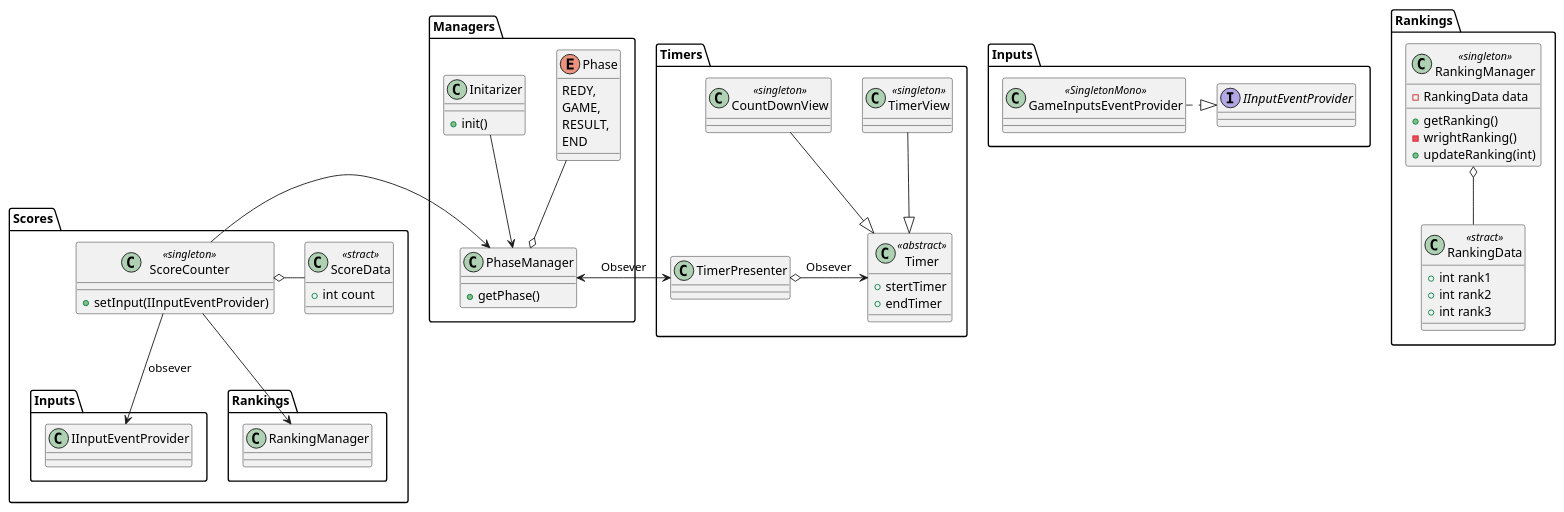
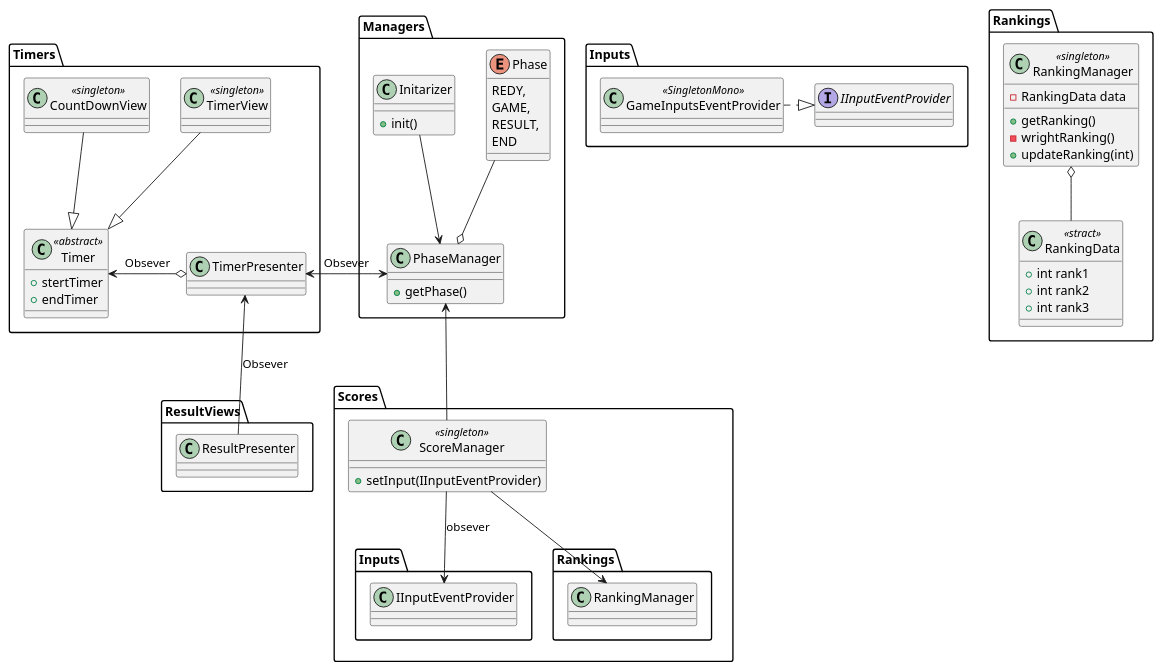
One commit to tezumozu/Games_Practice changed the diagram in Script_Test/Test_SceneManage/仕様書類/GameClasses.pu. Above: the diagram before and after it, drawn with PlantUML. The commit also changed 5 other files, not shown here.

Commit message:
シーケンス図加筆

```diff
--- a/Script_Test/Test_SceneManage/仕様書類/GameClasses.pu
+++ b/Script_Test/Test_SceneManage/仕様書類/GameClasses.pu
@@ -1,96 +1,100 @@
 @startuml GameSceneクラス図
 
 namespace Managers{
     enum Phase{
         REDY,
         GAME,
         RESULT,
         END
     }
 
     class PhaseManager{
         +getPhase()
     }
 
     class Initarizer{
         +init()
     }
 
     Phase --o PhaseManager
     Initarizer --> PhaseManager
 }
 
 
 namespace Scores{
-    class ScoreData<<stract>>{
-        +int count
-    }
 
-    class ScoreCounter<<singleton>>{
+    class ScoreManager<<singleton>>{
         +setInput(IInputEventProvider)
     }
 
-    ScoreCounter --> Inputs.IInputEventProvider:obsever
-    ScoreData -left-o ScoreCounter
+    ScoreManager --> Inputs.IInputEventProvider:obsever
 
-    ScoreCounter --> Rankings.RankingManager
-    ScoreCounter -left-> Managers.PhaseManager
+    ScoreManager --> Rankings.RankingManager
+    ScoreManager -up-> Managers.PhaseManager
 }
 
 
 namespace Timers{
     class TimerPresenter{
 
     }
 
     class TimerView<<singleton>>{
 
     }
     class CountDownView<<singleton>>{
 
     }
 
     class Timer<<abstract>>{
         +stertTimer
         +endTimer
     }
 
     TimerView --|> Timer
     CountDownView --|> Timer
 
     TimerPresenter <-right-> Managers.PhaseManager:Obsever
-    TimerPresenter o-right-> Timer:Obsever
+    TimerPresenter o-left-> Timer:Obsever
 
 }
 
 
 namespace Inputs{
     class GameInputsEventProvider<<SingletonMono>>{
 
     }
 
     interface IInputEventProvider{
     }
 
     GameInputsEventProvider .right.|> IInputEventProvider
 }
 
 
 namespace Rankings{
     class RankingManager <<singleton>>{
         -RankingData data
         +getRanking()
         -wrightRanking()
         +updateRanking(int)
     }
 
     class RankingData<<stract>>{
         +int rank1
         +int rank2
         +int rank3
     }
 
     RankingManager o-- RankingData 
 }
 
+namespace ResultViews{
+    Class ResultPresenter{
+
+    }    
+
+    ResultPresenter -up-> Timers.TimerPresenter:Obsever
+}
+
 @enduml
```
